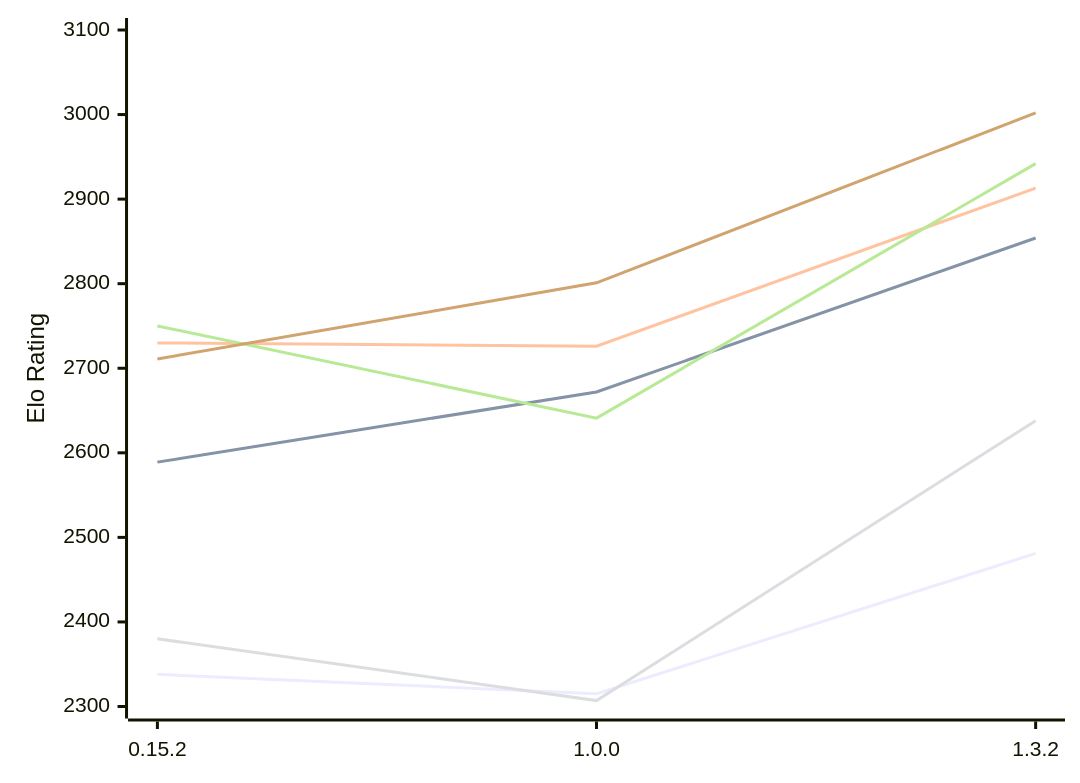
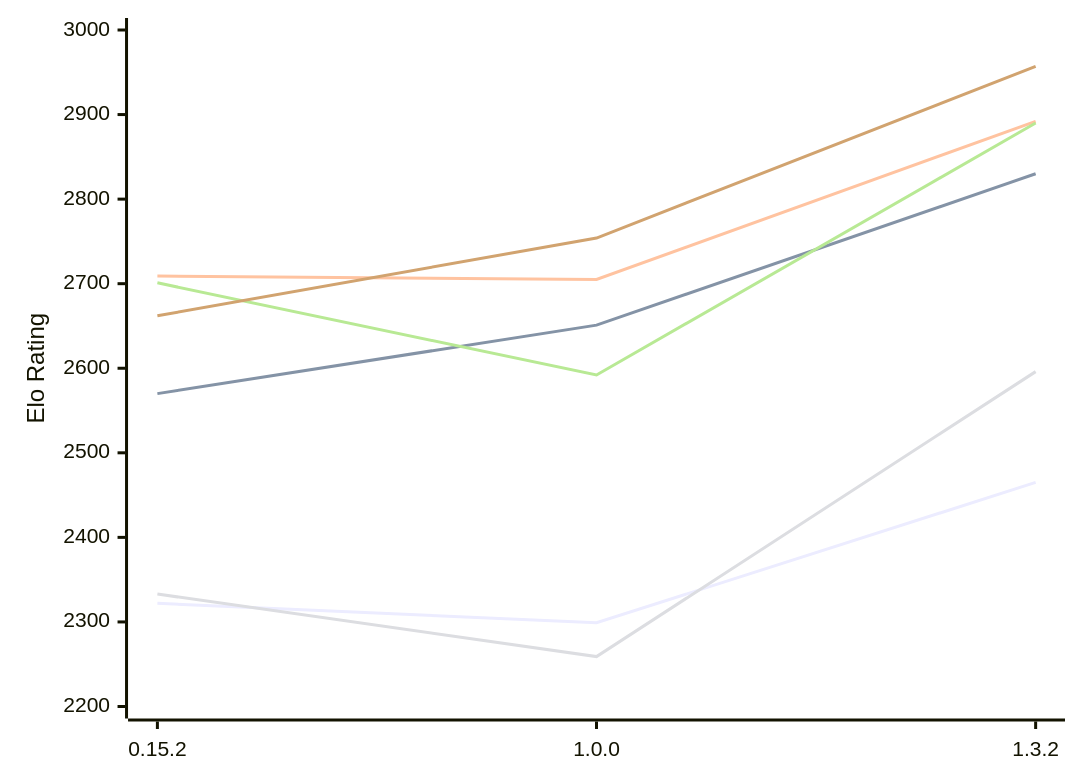
The diagram in engines/ElephantGambit.md (computer-chess-index/cci), drawn with Mermaid before and after one commit. The commit also changed other lines of this file, not shown here.

Commit message:
Update CCI Ratings (ELO VLTC) - 2026-11-08

````diff
--- a/engines/ElephantGambit.md
+++ b/engines/ElephantGambit.md
@@ -52,12 +52,12 @@
 ```mermaid
 %%{init: {"theme":"base","themeVariables":{"seriesColors:['#a3a3a3','#222221','#faa371']}}}%%
 xychart-beta
   x-axis ["0.15.2", "1.0.0", "1.3.2"]
-  y-axis "Elo Rating" 2300 --> 3100
-  line "E1: STC (8.0+0.08s)" [2338, 2315, 2481]
-  line "E1: LTC (60.0+0.60s)" [2589, 2672, 2854]
-  line "E1: VLTC (2m24s+1.12s)" [2730, 2726, 2913]
-  line "P1: STC (8.0+0.08s)" [2380, 2307, 2638]
-  line "P1: LTC (60.0+0.60s)" [2750, 2641, 2942]
-  line "P1: VLTC (2m24s+1.12s)" [2711, 2801, 3002]
+  y-axis "Elo Rating" 2200 --> 3000
+  line "E1: STC (8.0+0.08s)" [2322, 2299, 2465]
+  line "E1: LTC (60.0+0.60s)" [2570, 2651, 2830]
+  line "E1: VLTC (2m24s+1.12s)" [2709, 2705, 2892]
+  line "P1: STC (8.0+0.08s)" [2333, 2259, 2596]
+  line "P1: LTC (60.0+0.60s)" [2701, 2592, 2890]
+  line "P1: VLTC (2m24s+1.12s)" [2662, 2754, 2957]
 ```
````
